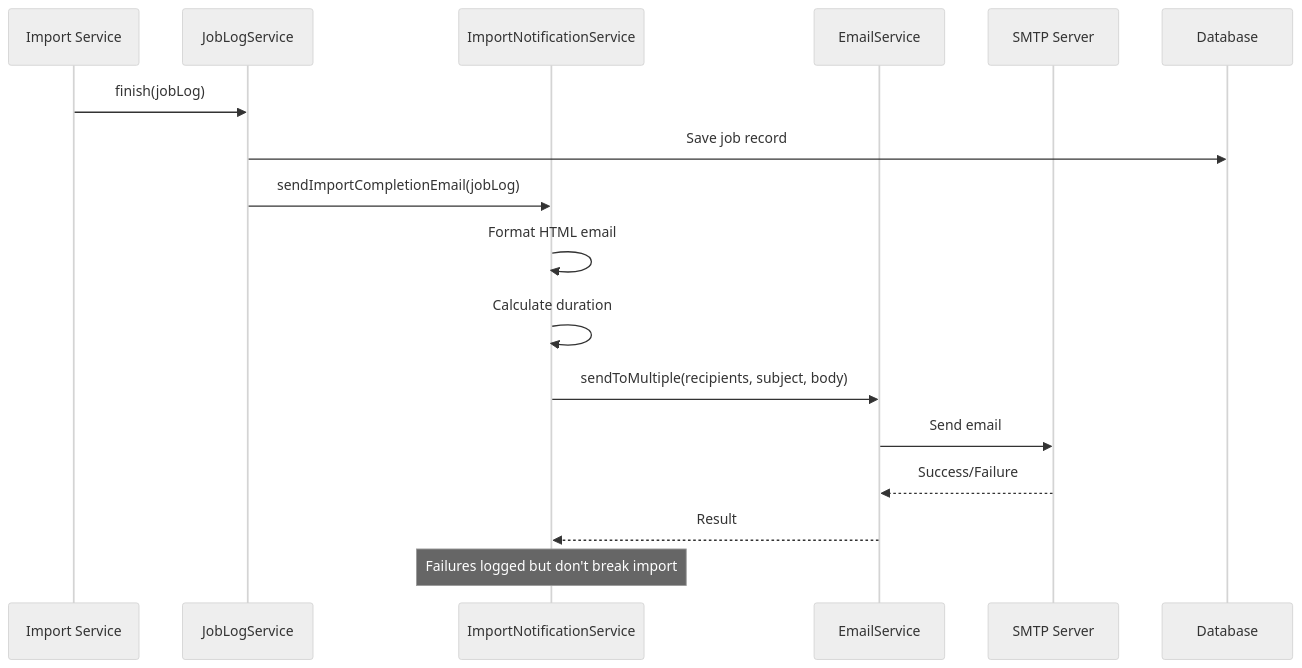
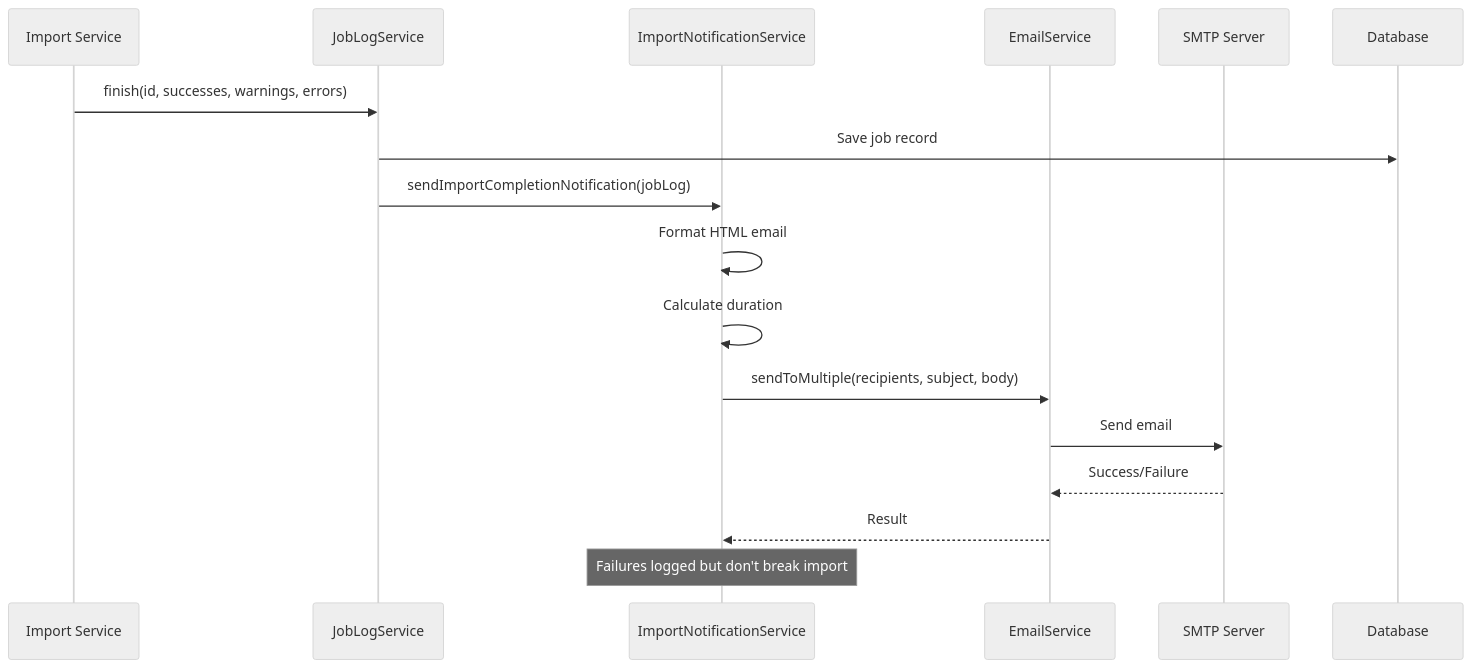
The second of 2 diagrams in docs/features/email-import-notifications.md (termx-health/termx-server), drawn with Mermaid (neutral theme) before and after one commit. The commit also changed other lines of this file and 24 other files, not shown here.

````diff
--- a/docs/features/email-import-notifications.md
+++ b/docs/features/email-import-notifications.md
@@ -356,19 +356,19 @@
 ```mermaid
 sequenceDiagram
     participant Import as Import Service
     participant JobLog as JobLogService
     participant Notification as ImportNotificationService
     participant Email as EmailService
     participant SMTP as SMTP Server
     
-    Import->>JobLog: finish(jobLog)
+    Import->>JobLog: finish(id, successes, warnings, errors)
     JobLog->>Database: Save job record
-    JobLog->>Notification: sendImportCompletionEmail(jobLog)
+    JobLog->>Notification: sendImportCompletionNotification(jobLog)
     Notification->>Notification: Format HTML email
     Notification->>Notification: Calculate duration
     Notification->>Email: sendToMultiple(recipients, subject, body)
     Email->>SMTP: Send email
     SMTP-->>Email: Success/Failure
     Email-->>Notification: Result
     Note over Notification: Failures logged but don't break import
 ```
````
